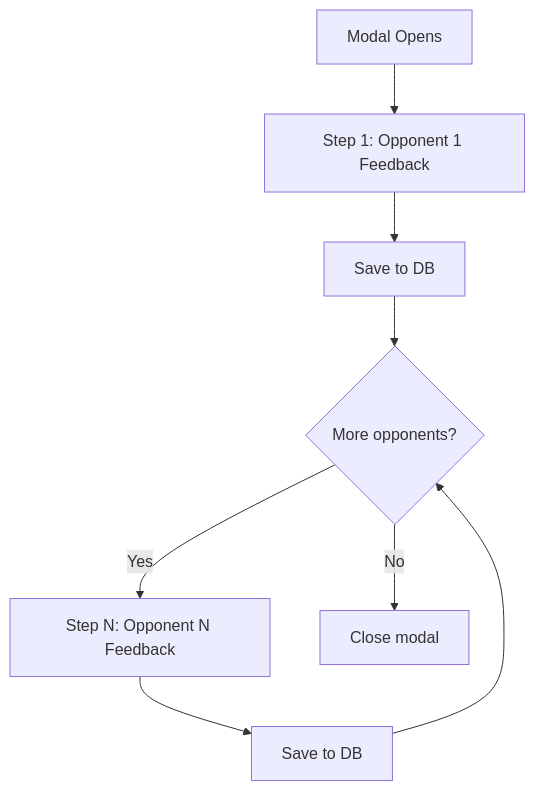
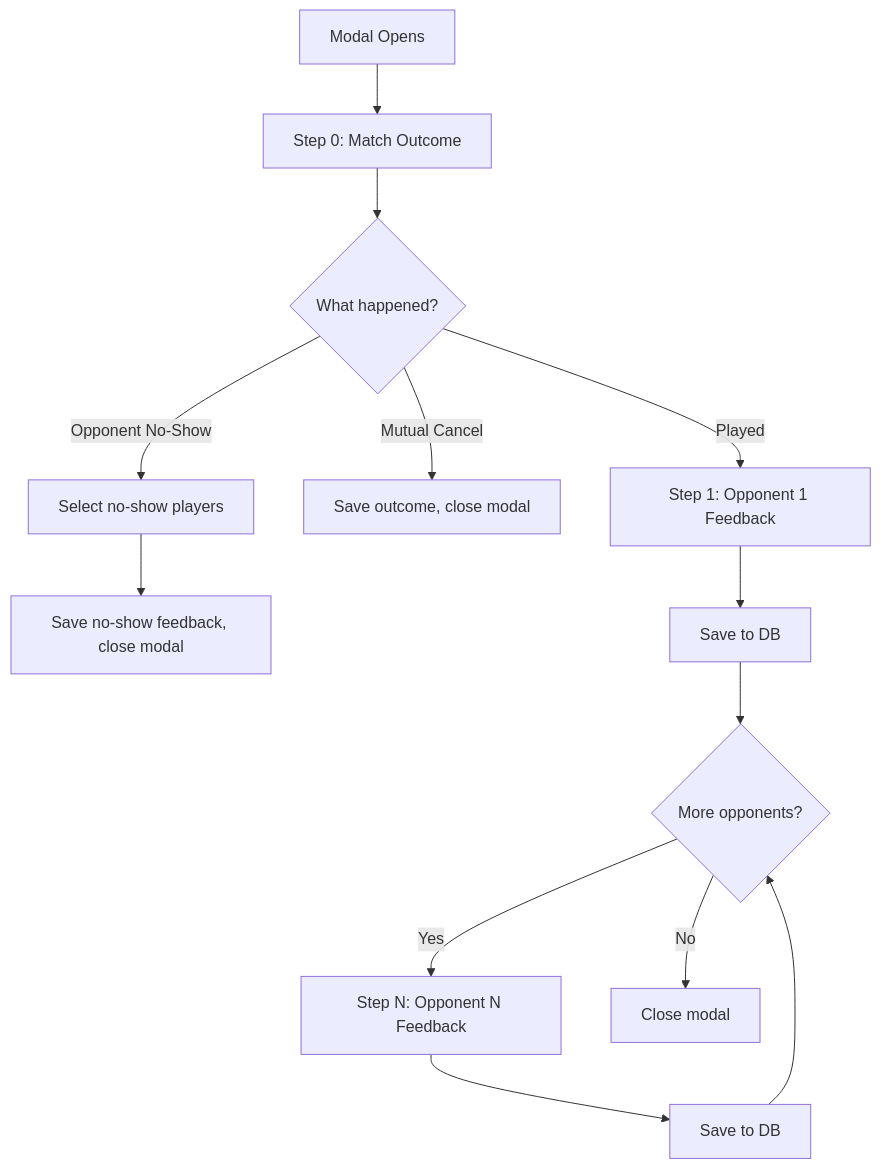
One commit to LordKenshiro/Rallia changed the first of 3 diagrams in specs/09-matches/match-closure.md. Above: the diagram before and after it, drawn with Mermaid. The commit also changed other lines of this file and 10 other files, not shown here.

````diff
--- a/specs/09-matches/match-closure.md
+++ b/specs/09-matches/match-closure.md
@@ -57,10 +57,15 @@
 ```mermaid
 flowchart TD
-    Start[Modal Opens] --> Step1[Step 1: Opponent 1 Feedback]
+    Start[Modal Opens] --> Step0[Step 0: Match Outcome]
+    Step0 --> OutcomeCheck{What happened?}
+    OutcomeCheck -->|Played| Step1[Step 1: Opponent 1 Feedback]
+    OutcomeCheck -->|Mutual Cancel| SaveOutcome[Save outcome, close modal]
+    OutcomeCheck -->|Opponent No-Show| SelectNoShows[Select no-show players]
+    SelectNoShows --> SaveNoShow[Save no-show feedback, close modal]
     Step1 --> Save1[Save to DB]
     Save1 --> MoreOpponents{More opponents?}
     MoreOpponents -->|Yes| StepN[Step N: Opponent N Feedback]
     StepN --> SaveN[Save to DB]
     SaveN --> MoreOpponents
     MoreOpponents -->|No| Complete[Close modal]
 ```
````
